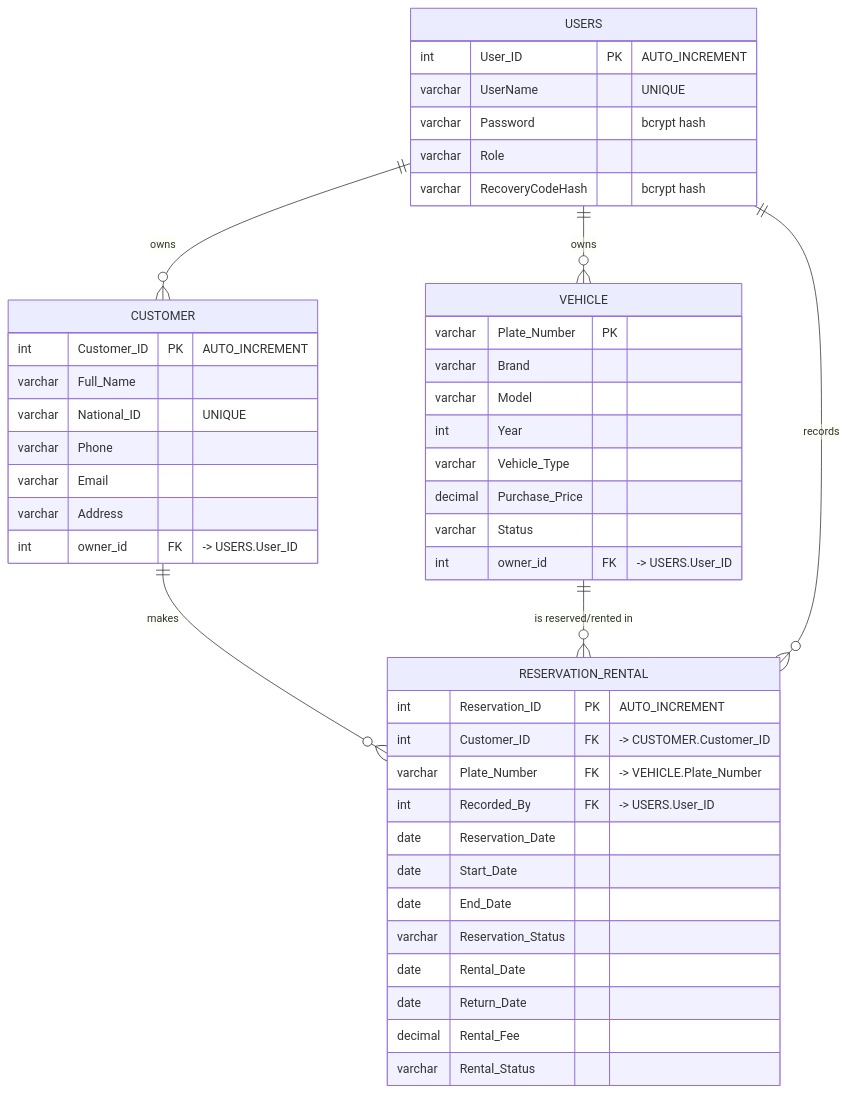
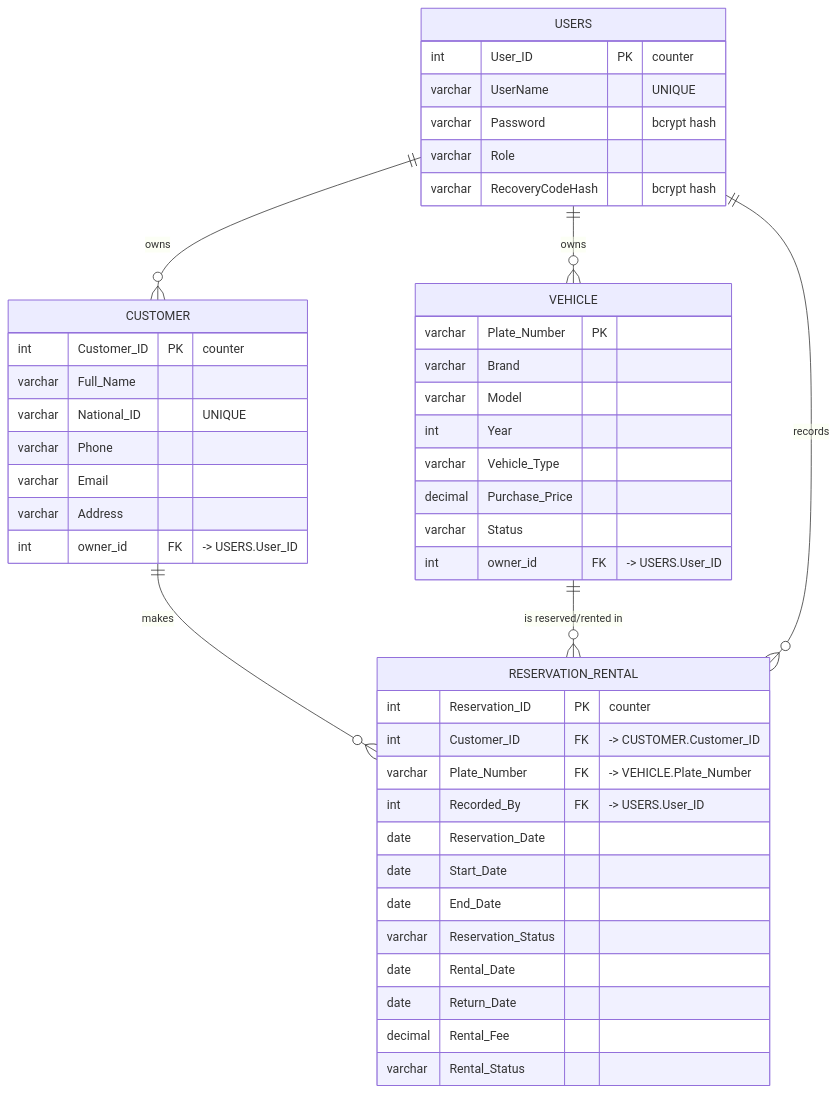
One commit to BENIMANA-II/practice-demo changed the diagram in Benimana_Flaubert_National_Practical_Exam_2026/ERD.md. Above: the diagram before and after it, drawn with Mermaid. The commit also changed other lines of this file and 14 other files, not shown here.

````diff
--- a/Benimana_Flaubert_National_Practical_Exam_2026/ERD.md
+++ b/Benimana_Flaubert_National_Practical_Exam_2026/ERD.md
@@ -10,52 +13,52 @@
 ```mermaid
 erDiagram
     CUSTOMER ||--o{ RESERVATION_RENTAL : "makes"
     VEHICLE  ||--o{ RESERVATION_RENTAL : "is reserved/rented in"
     USERS    ||--o{ RESERVATION_RENTAL : "records"
     USERS    ||--o{ CUSTOMER : "owns"
     USERS    ||--o{ VEHICLE : "owns"
 
     CUSTOMER {
-        int     Customer_ID  PK "AUTO_INCREMENT"
+        int     Customer_ID  PK "counter"
         varchar Full_Name
         varchar National_ID  "UNIQUE"
         varchar Phone
         varchar Email
         varchar Address
         int     owner_id     FK "-> USERS.User_ID"
     }
 
     VEHICLE {
         varchar Plate_Number   PK
         varchar Brand
         varchar Model
         int     Year
         varchar Vehicle_Type
         decimal Purchase_Price
         varchar Status
         int     owner_id       FK "-> USERS.User_ID"
     }
 
     RESERVATION_RENTAL {
-        int     Reservation_ID     PK "AUTO_INCREMENT"
+        int     Reservation_ID     PK "counter"
         int     Customer_ID        FK "-> CUSTOMER.Customer_ID"
         varchar Plate_Number       FK "-> VEHICLE.Plate_Number"
         int     Recorded_By        FK "-> USERS.User_ID"
         date    Reservation_Date
         date    Start_Date
         date    End_Date
         varchar Reservation_Status
         date    Rental_Date
         date    Return_Date
         decimal Rental_Fee
         varchar Rental_Status
     }
 
     USERS {
-        int     User_ID          PK "AUTO_INCREMENT"
+        int     User_ID          PK "counter"
         varchar UserName         "UNIQUE"
         varchar Password         "bcrypt hash"
         varchar Role
         varchar RecoveryCodeHash "bcrypt hash"
     }
 ```
````
